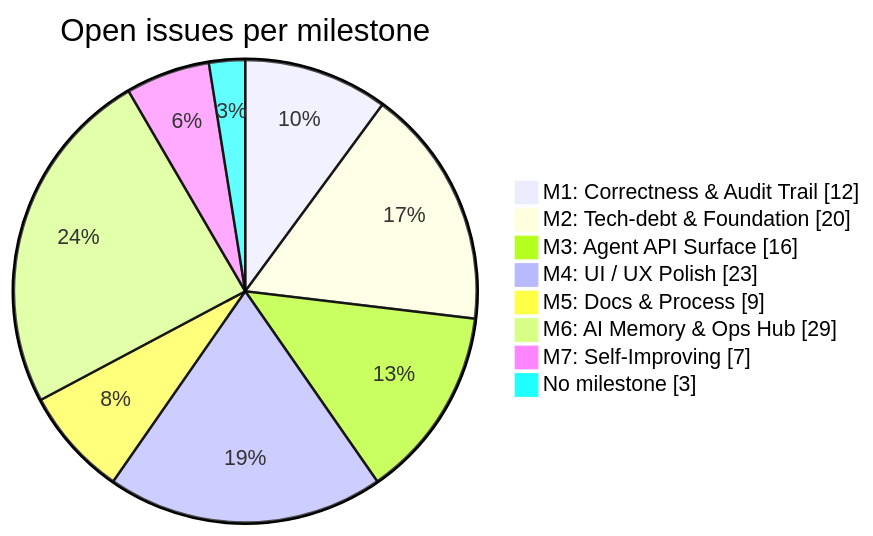
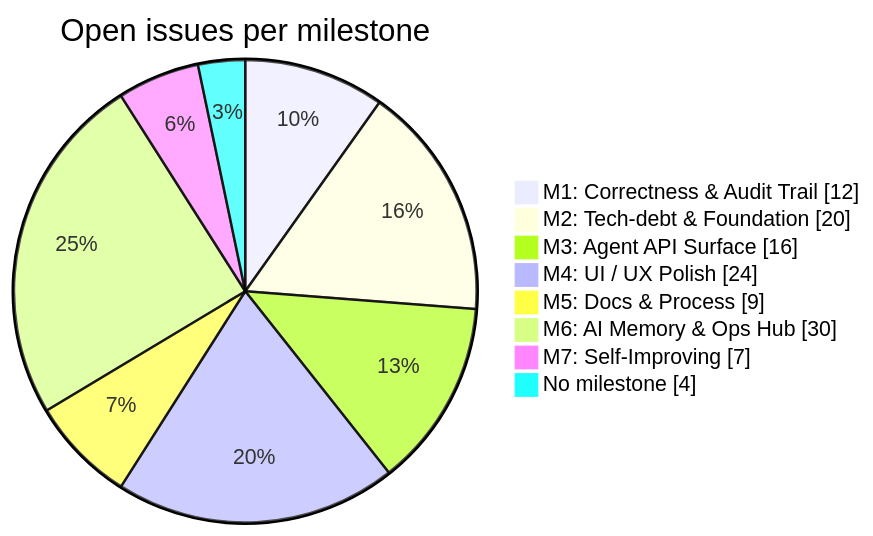
Before and after one commit to joelfuller2016/KanbanFlow-v2: the diagram in docs/BACKLOG.md, drawn with Mermaid. The commit also changed other lines of this file and 3 other files, not shown here.

````diff
--- a/docs/BACKLOG.md
+++ b/docs/BACKLOG.md
@@ -44,12 +44,12 @@
 ```mermaid
 pie showData
     title Open issues per milestone
     "M1: Correctness & Audit Trail" : 12
     "M2: Tech-debt & Foundation" : 20
     "M3: Agent API Surface" : 16
-    "M4: UI / UX Polish" : 23
+    "M4: UI / UX Polish" : 24
     "M5: Docs & Process" : 9
-    "M6: AI Memory & Ops Hub" : 29
+    "M6: AI Memory & Ops Hub" : 30
     "M7: Self-Improving" : 7
-    "No milestone" : 3
+    "No milestone" : 4
 ```
````
